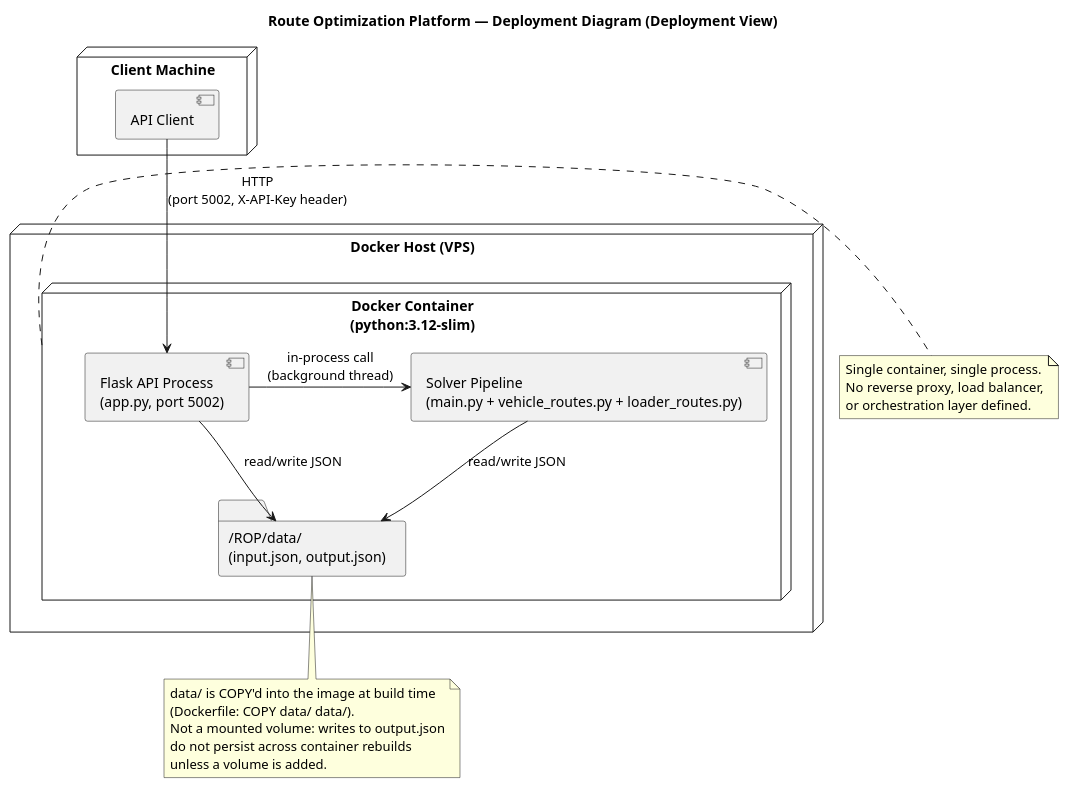
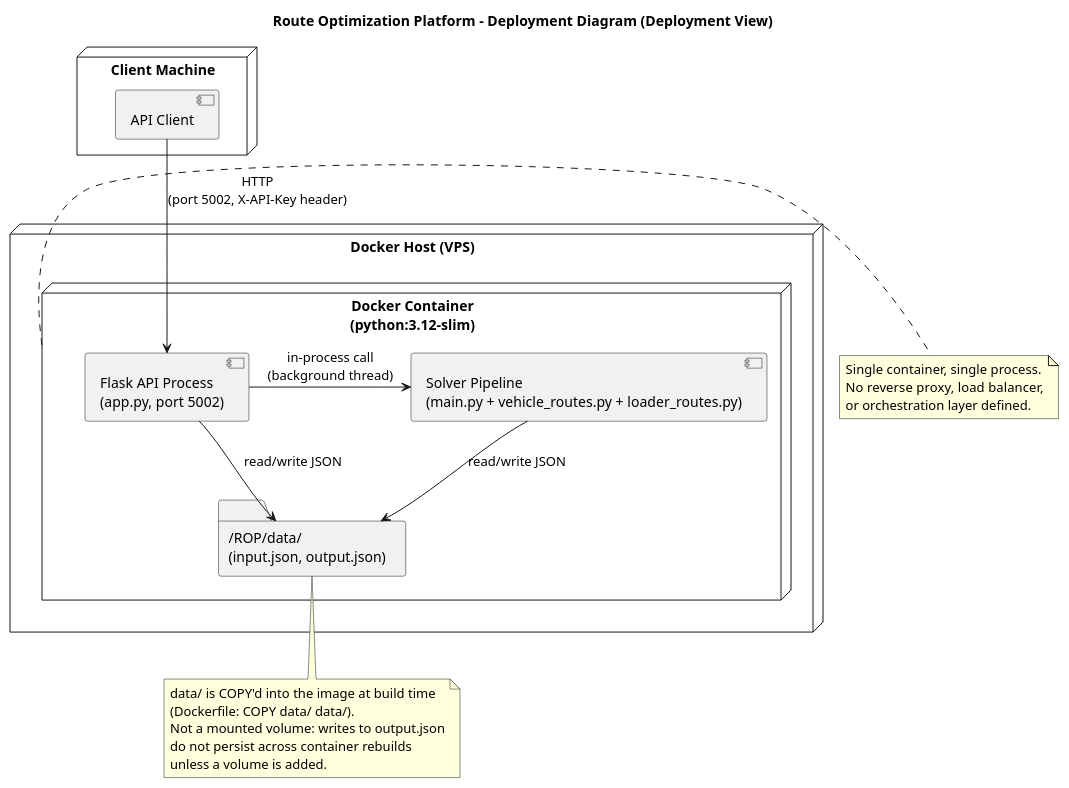
The diagram in docs/architecture/deployment-view/deployment-diagram.puml (iu-students/route-optimization-platform), drawn with PlantUML before and after one commit. The commit also changed 41 other files, not shown here.

```diff
--- a/docs/architecture/deployment-view/deployment-diagram.puml
+++ b/docs/architecture/deployment-view/deployment-diagram.puml
@@ -1,35 +1,35 @@
 @startuml deployment-diagram
-title Route Optimization Platform — Deployment Diagram (Deployment View)
+title Route Optimization Platform - Deployment Diagram (Deployment View)
 
 node "Client Machine" as ClientNode {
   [API Client] as Client
 }
 
 node "Docker Host (VPS)" as Host {
   node "Docker Container\n(python:3.12-slim)" as Container {
     component "Flask API Process\n(app.py, port 5002)" as API
     component "Solver Pipeline\n(main.py + vehicle_routes.py + loader_routes.py)" as Pipeline
     folder "/ROP/data/\n(input.json, output.json)" as DataDir
   }
 }
 
 Client -down-> API : HTTP\n(port 5002, X-API-Key header)
 API -right-> Pipeline : in-process call\n(background thread)
 Pipeline -down-> DataDir : read/write JSON
 API -down-> DataDir : read/write JSON
 
 note bottom of DataDir
   data/ is COPY'd into the image at build time
   (Dockerfile: COPY data/ data/).
   Not a mounted volume: writes to output.json
   do not persist across container rebuilds
   unless a volume is added.
 end note
 
 note right of Container
   Single container, single process.
   No reverse proxy, load balancer,
   or orchestration layer defined.
 end note
 
 @enduml
```
